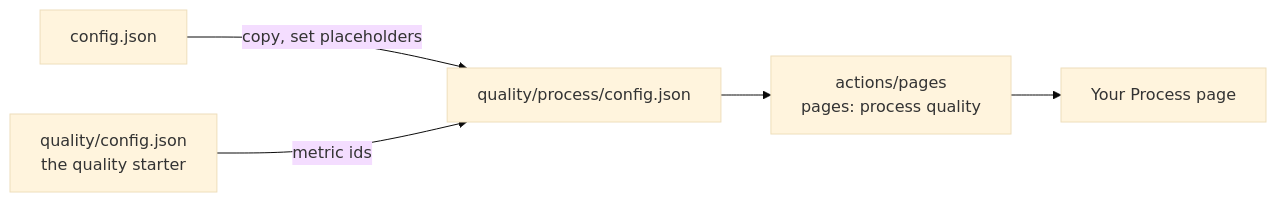
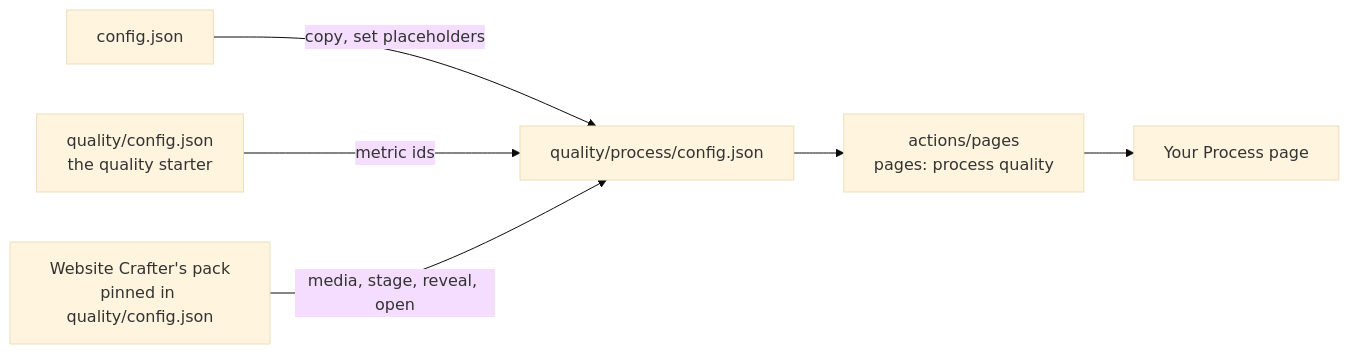
The diagram in templates/process/README.md (SoulCraft-Org/website-crafter), drawn with Mermaid (base theme) before and after one commit. The commit also changed other lines of this file and 8 other files, not shown here.

````diff
--- a/templates/process/README.md
+++ b/templates/process/README.md
@@ -5,6 +5,7 @@
 ```mermaid
 flowchart LR
   S[config.json] -->|copy, set placeholders| C[quality/process/config.json]
   Q[quality/config.json<br/>the quality starter] -->|metric ids| C
+  K[Website Crafter's pack<br/>pinned in quality/config.json] -->|media, stage, reveal, open| C
   C --> A[actions/pages<br/>pages: process quality] --> P[Your Process page]
 ```
````
